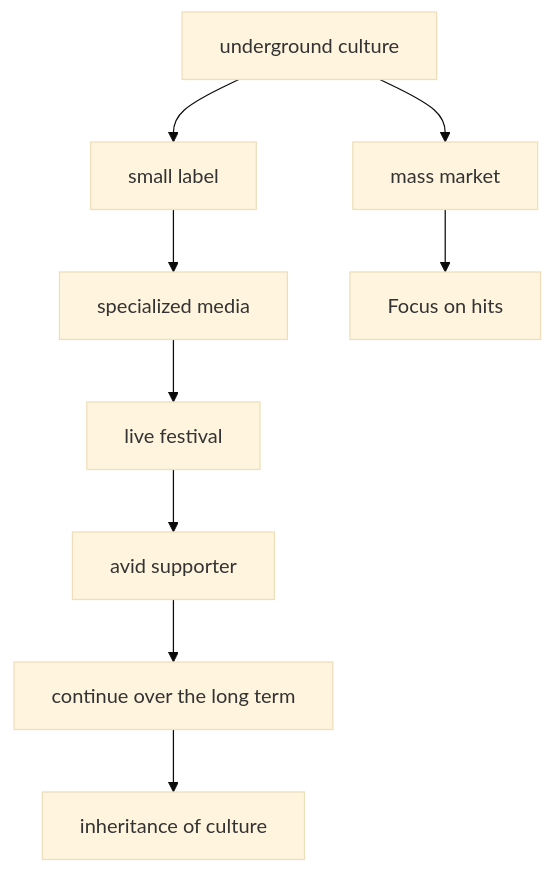
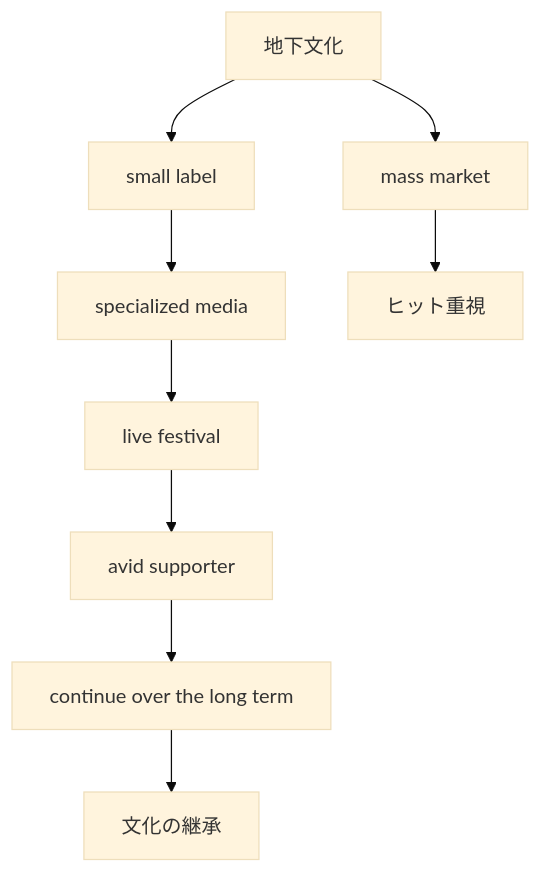
Before and after one commit to monumental-movement/monumental-movement.github.io: the second of 5 diagrams in en/_posts/2026-07-25-column-why-some-genres-never-go-mainstream.md, drawn with Mermaid (base theme). The commit also changed other lines of this file and 2196 other files, not shown here.

```diff
--- a/en/_posts/2026-07-25-column-why-some-genres-never-go-mainstream.md
+++ b/en/_posts/2026-07-25-column-why-some-genres-never-go-mainstream.md
@@ -548,15 +548,15 @@
 <div class="mermaid">
 graph TD
 
-A[underground culture] --> B[small label]
+A[地下文化] --> B[small label]
 B --> C[specialized media]
 C --> D[live festival]
 D --> E[avid supporter]
 
 E --> F[continue over the long term]
 
 A --> G[mass market]
-G --> H[Focus on hits]
+G --> H[ヒット重視]
 
-F --> I[inheritance of culture]
+F --> I[文化の継承]
 </div>
```
